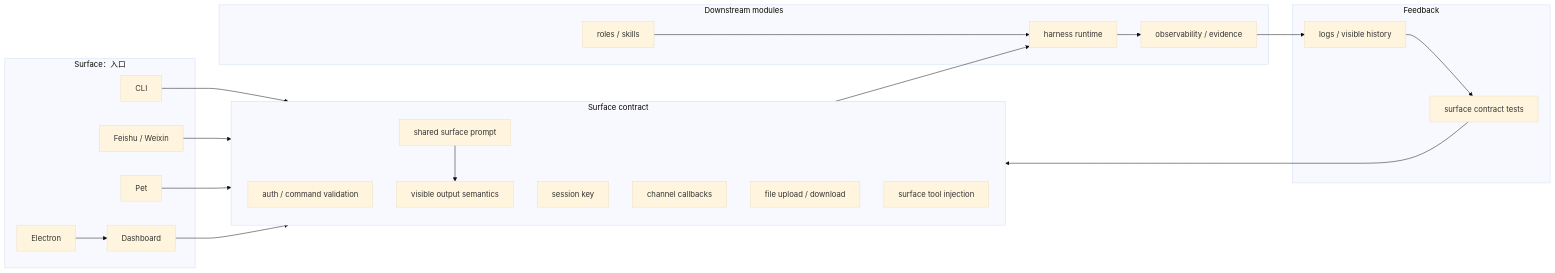
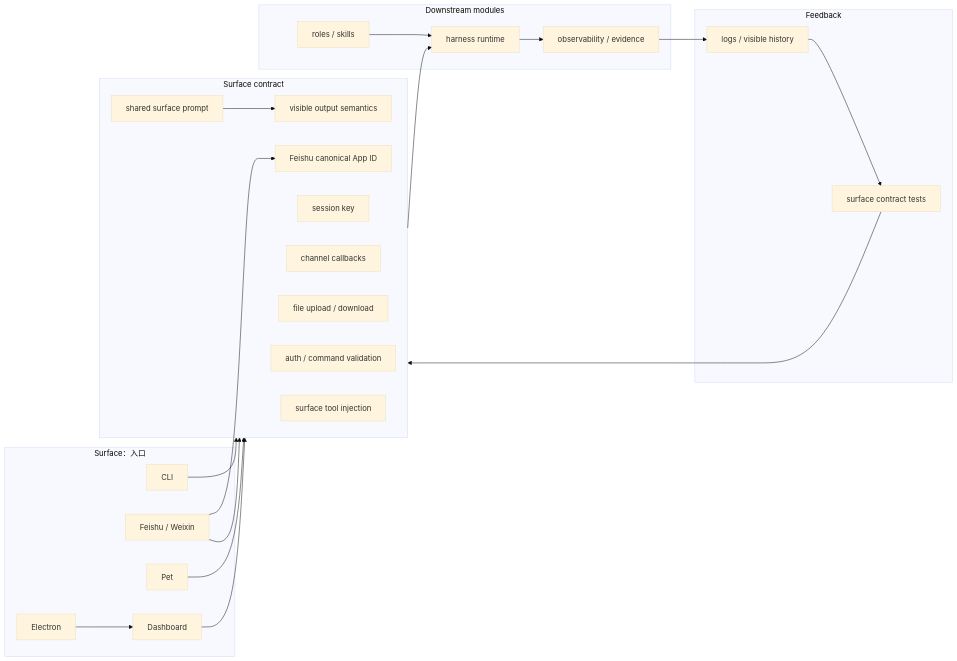
One commit to fightheyyy/XiaoBa-CLI changed the second of 2 diagrams in docs/surface/SPEC.md. Above: the diagram before and after it, drawn with Mermaid (base theme). The commit also changed other lines of this file and 149 other files, not shown here.

Commit message:
Consolidate seven-role runtime architecture

````diff
--- a/docs/surface/SPEC.md
+++ b/docs/surface/SPEC.md
@@ -112,44 +111,46 @@
 ```mermaid
 flowchart LR
     subgraph Surfaces["Surface：入口"]
         CLI["CLI"]
         IM["Feishu / Weixin"]
         Pet["Pet"]
         Dashboard["Dashboard"]
         Desktop["Electron"]
     end
 
     subgraph Contract["Surface contract"]
         Auth["auth / command validation"]
+        AppIdentity["Feishu canonical App ID"]
         SessionKey["session key"]
         Callbacks["channel callbacks"]
         FileIO["file upload / download"]
         Prompt["shared surface prompt"]
         VisibleOutput["visible output semantics"]
         SurfaceTools["surface tool injection"]
     end
 
     subgraph Runtime["Downstream modules"]
         Harness["harness runtime"]
         Policy["roles / skills"]
         Evidence["observability / evidence"]
     end
 
     subgraph Feedback["Feedback"]
         Logs["logs / visible history"]
         Tests["surface contract tests"]
     end
 
     CLI --> Contract
     IM --> Contract
     Pet --> Contract
     Dashboard --> Contract
     Desktop --> Dashboard
     Prompt --> VisibleOutput
+    IM --> AppIdentity
     Contract --> Harness
     Policy --> Harness
     Harness --> Evidence
     Evidence --> Logs
     Logs --> Tests
     Tests --> Contract
 ```
````
